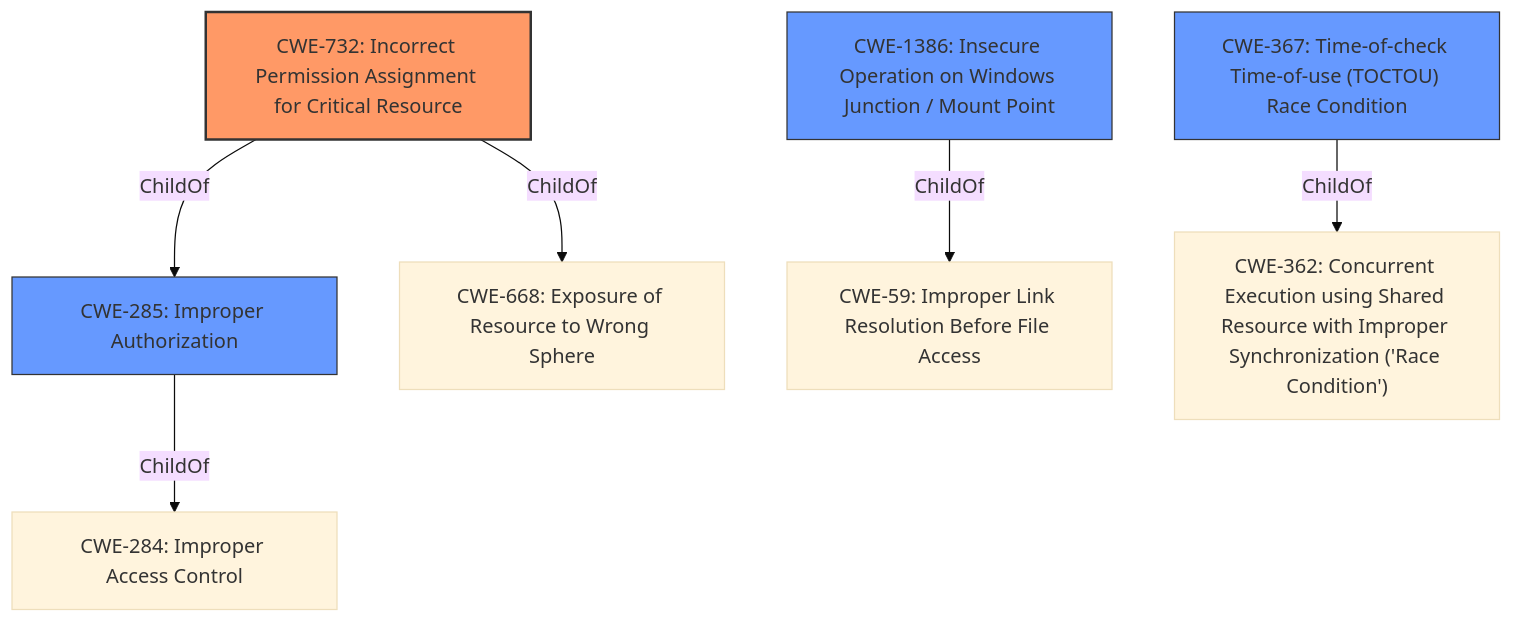
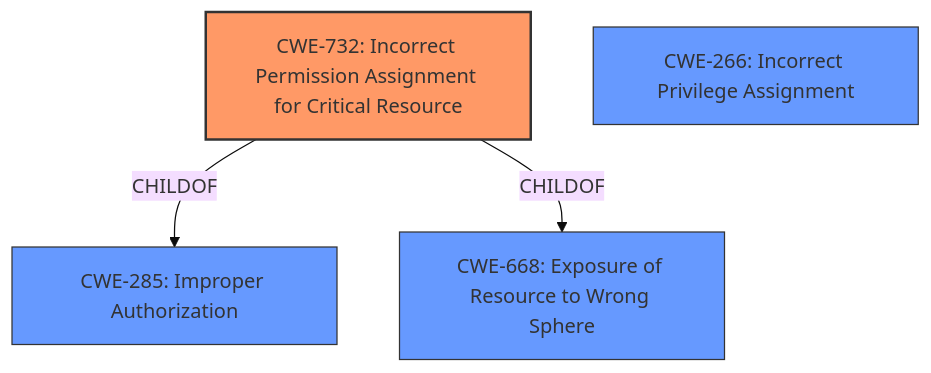
Before and after one commit to CyberSecAI/cwe_agent_assign_reports_2023: the diagram in CVE-2021-36934/CVE-2021-36934_analysis.md, drawn with Mermaid (base theme). The commit also changed other lines of this file and 902 other files, not shown here.

````diff
--- a/CVE-2021-36934/CVE-2021-36934_analysis.md
+++ b/CVE-2021-36934/CVE-2021-36934_analysis.md
@@ -21,23 +17,17 @@
 ```mermaid
 graph TD
     cwe732["CWE-732: Incorrect Permission Assignment for Critical Resource"]
     cwe285["CWE-285: Improper Authorization"]
     cwe668["CWE-668: Exposure of Resource to Wrong Sphere"]
-    cwe284["CWE-284: Improper Access Control"]
-    cwe1386["CWE-1386: Insecure Operation on Windows Junction / Mount Point"]
-    cwe59["CWE-59: Improper Link Resolution Before File Access"]
-    cwe367["CWE-367: Time-of-check Time-of-use (TOCTOU) Race Condition"]
-    cwe362["CWE-362: Concurrent Execution using Shared Resource with Improper Synchronization ('Race Condition')"]
+    cwe266["CWE-266: Incorrect Privilege Assignment"]
 
-    cwe732 -->|ChildOf| cwe285
-    cwe732 -->|ChildOf| cwe668
-    cwe285 -->|ChildOf| cwe284
-    cwe1386 -->|ChildOf| cwe59
-    cwe367 -->|ChildOf| cwe362
+    cwe732 -->|CHILDOF| cwe285
+    cwe732 -->|CHILDOF| cwe668
+    
 
     classDef primary fill:#f96,stroke:#333,stroke-width:2px
     classDef secondary fill:#69f,stroke:#333
     classDef tertiary fill:#9e9,stroke:#333
     class cwe732 primary
-    class cwe285,cwe1386,cwe367 secondary
+    class cwe285,cwe668,cwe266 secondary
 ```
````
